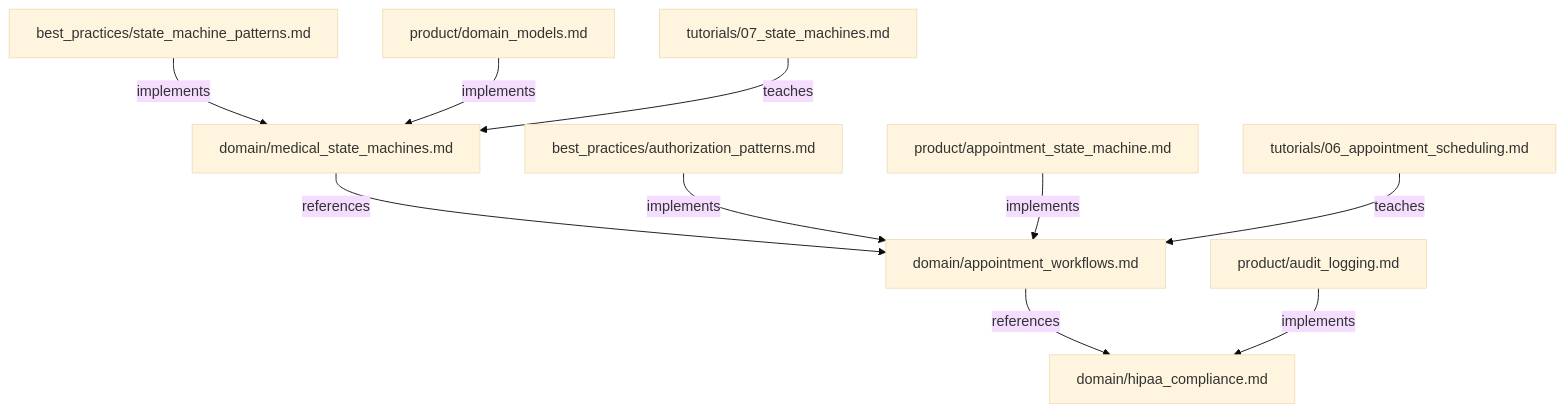
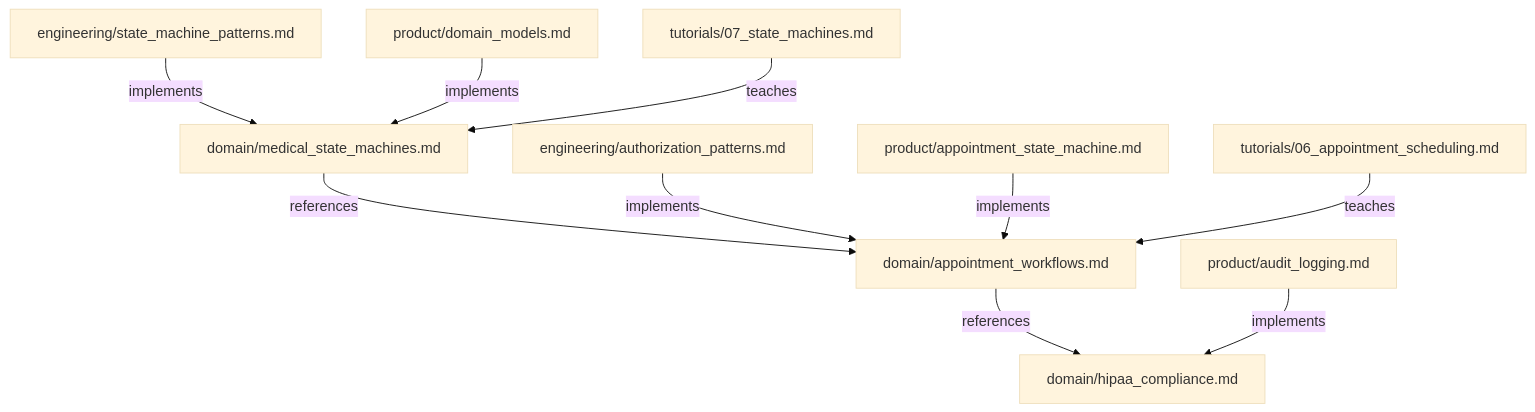
One commit to Tuee22/effectful changed the diagram in demo/healthhub/documents/domain/README.md. Above: the diagram before and after it, drawn with Mermaid (base theme). The commit also changed other lines of this file and 71 other files, not shown here.

````diff
--- a/demo/healthhub/documents/domain/README.md
+++ b/demo/healthhub/documents/domain/README.md
@@ -124,29 +124,29 @@
 ```mermaid
 graph TB
     A[domain/appointment_workflows.md]
     B[domain/medical_state_machines.md]
     C[domain/hipaa_compliance.md]
 
-    D[best_practices/state_machine_patterns.md]
-    E[best_practices/authorization_patterns.md]
+    D[engineering/state_machine_patterns.md]
+    E[engineering/authorization_patterns.md]
 
     F[product/appointment_state_machine.md]
     G[product/domain_models.md]
     H[product/audit_logging.md]
 
     I[tutorials/06_appointment_scheduling.md]
     J[tutorials/07_state_machines.md]
 
     B -->|references| A
     A -->|references| C
 
     D -->|implements| B
     E -->|implements| A
 
     F -->|implements| A
     G -->|implements| B
     H -->|implements| C
 
     I -->|teaches| A
     J -->|teaches| B
 ```
````
